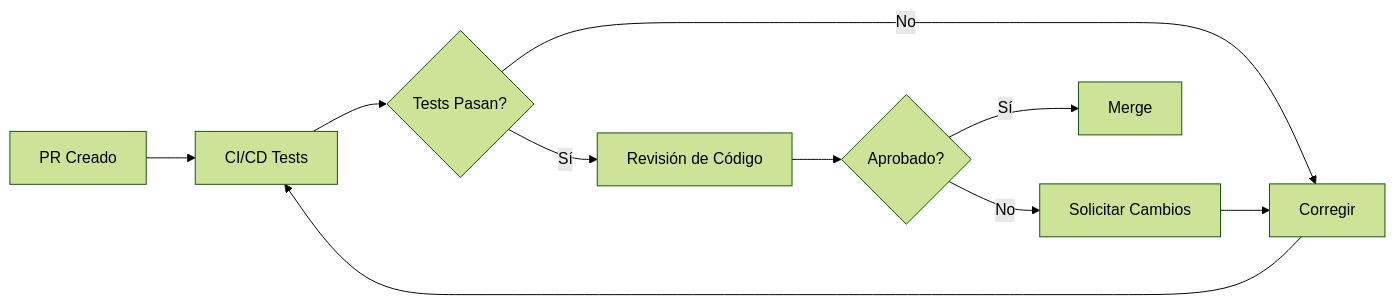
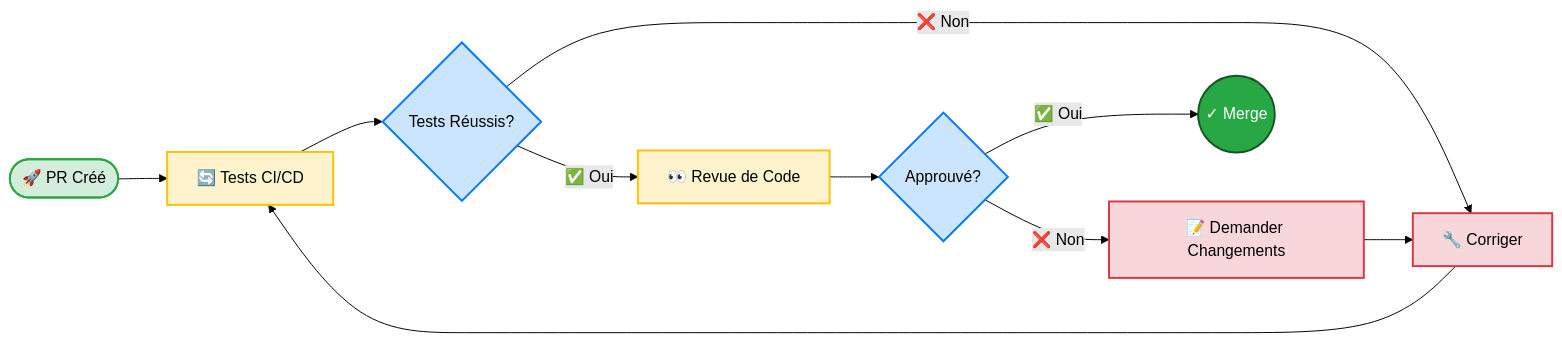
One commit to medicalopenworld/IncuNest-Docs changed the diagram in docs/i18n/fr/docusaurus-plugin-content-docs/version-14.12/contributing.md. Above: the diagram before and after it, drawn with Mermaid (forest theme). The commit also changed 5 other files, not shown here.

Commit message:
Update French, Portuguese, and versioned docs with beautiful mermaid diagrams

````diff
--- a/docs/i18n/fr/docusaurus-plugin-content-docs/version-14.12/contributing.md
+++ b/docs/i18n/fr/docusaurus-plugin-content-docs/version-14.12/contributing.md
@@ -155,12 +155,24 @@
 ```mermaid
-flowchart LR
-    A[PR Creado] --> B[CI/CD Tests]
-    B --> C{Tests Pasan?}
-    C -->|No| D[Corregir]
+graph LR
+    A([🚀 PR Créé]) --> B[🔄 Tests CI/CD]
+    B --> C{Tests Réussis?}
+    C -->|❌ Non| D[🔧 Corriger]
     D --> B
-    C -->|Sí| E[Revisión de Código]
-    E --> F{Aprobado?}
-    F -->|No| G[Solicitar Cambios]
+    C -->|✅ Oui| E[👀 Revue de Code]
+    E --> F{Approuvé?}
+    F -->|❌ Non| G[📝 Demander Changements]
     G --> D
-    F -->|Sí| H[Merge]
+    F -->|✅ Oui| H((✓ Merge))
+    
+    classDef start fill:#d4edda,stroke:#28a745,stroke-width:2px
+    classDef process fill:#fff3cd,stroke:#ffc107,stroke-width:2px
+    classDef decision fill:#cce5ff,stroke:#007bff,stroke-width:2px
+    classDef action fill:#f8d7da,stroke:#dc3545,stroke-width:2px
+    classDef success fill:#28a745,stroke:#155724,stroke-width:2px,color:#fff
+    
+    class A start
+    class B,E process
+    class C,F decision
+    class D,G action
+    class H success
 ```
````
